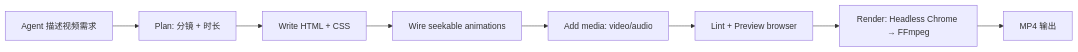
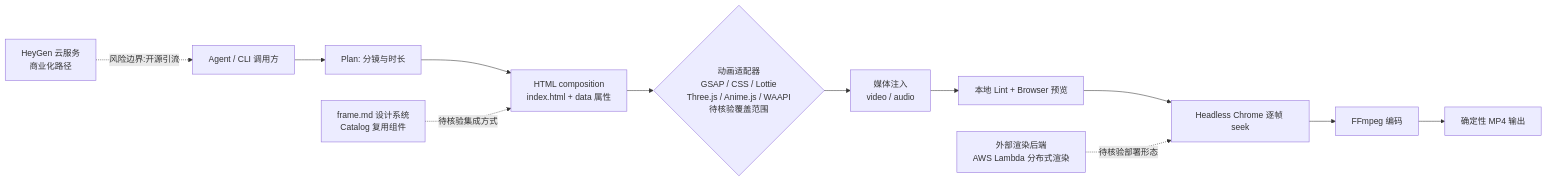
The diagram in projects/hyperframes.md (aiutil/github-researcher), drawn with Mermaid before and after one commit. The commit also changed other lines of this file and 939 other files, not shown here.

Commit message:
feat: add architect briefs and Mermaid project maps

````diff
--- a/projects/hyperframes.md
+++ b/projects/hyperframes.md
@@ -43,10 +56,17 @@
 ```mermaid
 flowchart LR
-    A[Agent 描述视频需求] --> B[Plan: 分镜 + 时长]
-    B --> C[Write HTML + CSS]
-    C --> D[Wire seekable animations]
-    D --> E[Add media: video/audio]
-    E --> F[Lint + Preview browser]
-    F --> G[Render: Headless Chrome → FFmpeg]
-    G --> H[MP4 输出]
+    A[Agent / CLI 调用方] --> B[Plan: 分镜与时长]
+    B --> C[HTML composition<br/>index.html + data 属性]
+    C --> D{动画适配器<br/>GSAP / CSS / Lottie<br/>Three.js / Anime.js / WAAPI<br/>待核验覆盖范围}
+    D --> E[媒体注入<br/>video / audio]
+    E --> F[本地 Lint + Browser 预览]
+    F --> G[Headless Chrome 逐帧 seek]
+    G --> H[FFmpeg 编码]
+    H --> I[确定性 MP4 输出]
+
+    J[frame.md 设计系统<br/>Catalog 复用组件] -. 待核验集成方式 .-> C
+
+    K[外部渲染后端<br/>AWS Lambda 分布式渲染] -. 待核验部署形态 .-> G
+
+    L[HeyGen 云服务<br/>商业化路径] -. 风险边界:开源引流 .-> A
 ```
````
